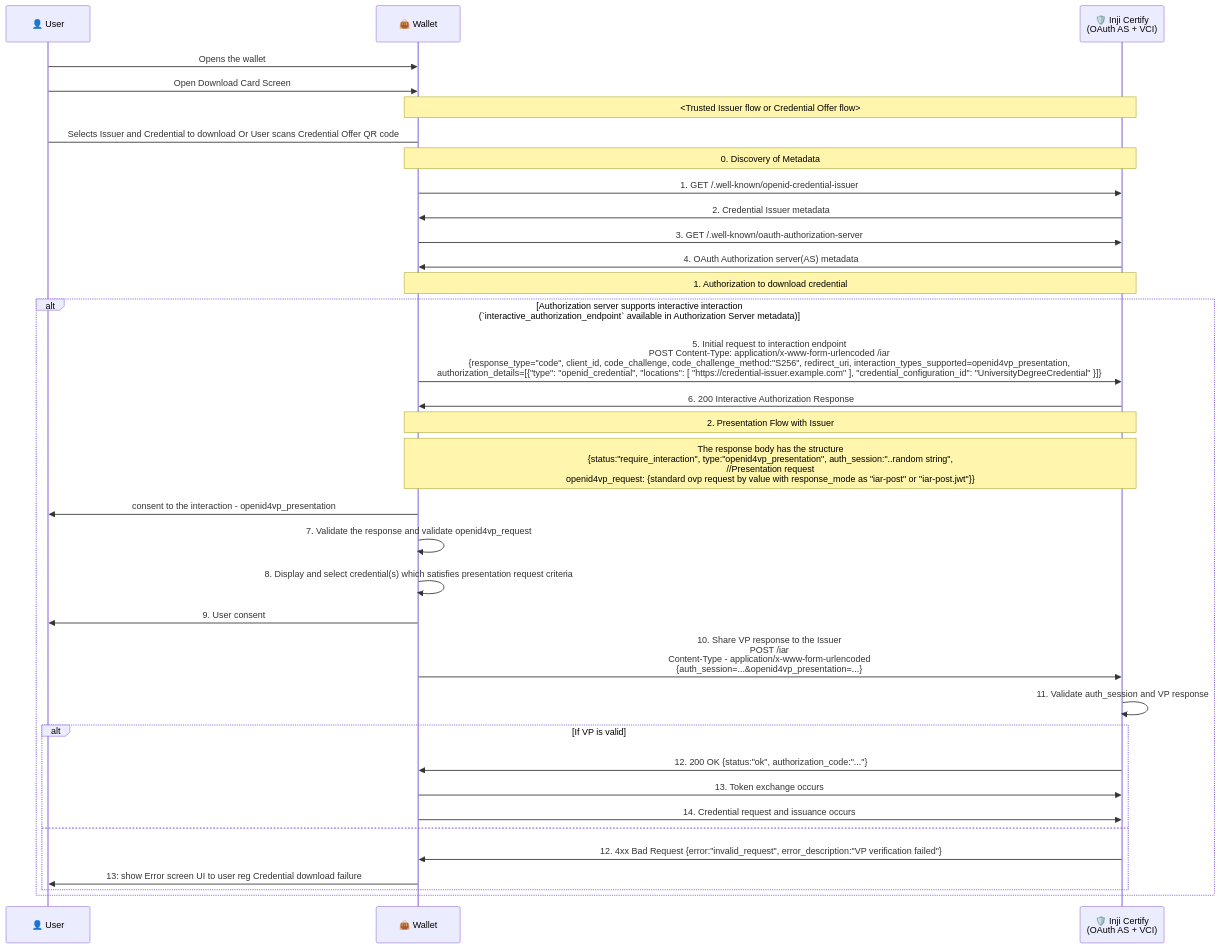
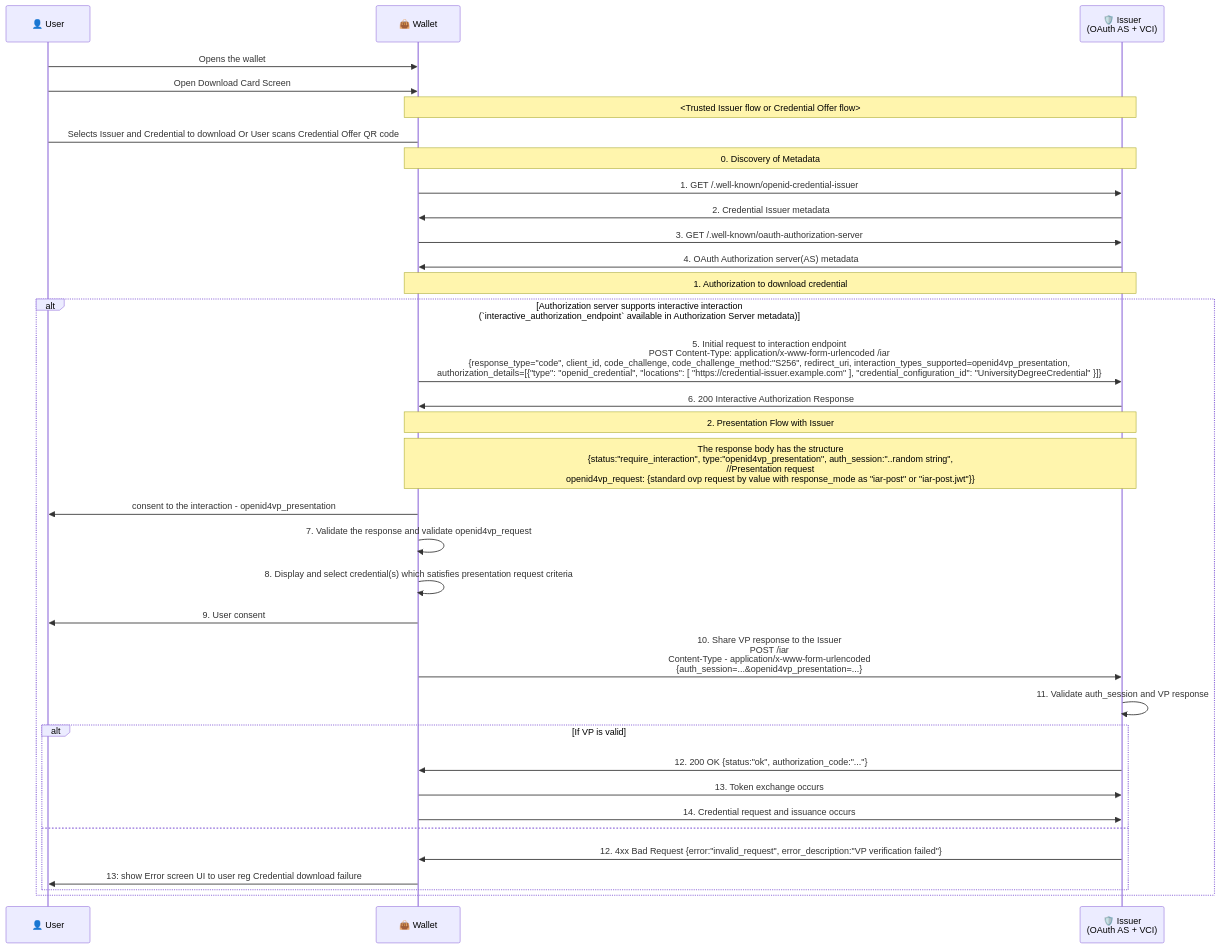
Before and after one commit to tw-mosip/inji-wallet: the first of 5 diagrams in docs/presentation-during-issuance.md, drawn with Mermaid. The commit also changed other lines of this file, not shown here.

````diff
--- a/docs/presentation-during-issuance.md
+++ b/docs/presentation-during-issuance.md
@@ -37,37 +37,37 @@
 ```mermaid
 sequenceDiagram
     participant user as 👤 User
     participant wallet as 👜 Wallet
-    participant issuer as 🛡️ Inji Certify<br/>(OAuth AS + VCI)
+    participant issuer as 🛡️ Issuer<br/>(OAuth AS + VCI)
 
     user->>wallet: Opens the wallet
     user->>wallet: Open Download Card Screen
     Note over wallet,issuer: <Trusted Issuer flow or Credential Offer flow>
     user->wallet: Selects Issuer and Credential to download Or User scans Credential Offer QR code
     Note over wallet,issuer: 0. Discovery of Metadata
     wallet->>issuer: 1. GET /.well-known/openid-credential-issuer
     issuer->>wallet: 2. Credential Issuer metadata
     wallet->>issuer: 3. GET /.well-known/oauth-authorization-server
     issuer->>wallet: 4. OAuth Authorization server(AS) metadata
     Note over wallet,issuer: 1. Authorization to download credential
     alt Authorization server supports interactive interaction <br/>(`interactive_authorization_endpoint` available in Authorization Server metadata)
         wallet->>issuer: 5. Initial request to interaction endpoint <br/>POST Content-Type: application/x-www-form-urlencoded /iar<br/>{response_type="code", client_id, code_challenge, code_challenge_method:"S256", redirect_uri, interaction_types_supported=openid4vp_presentation, <br/>authorization_details=[{"type": "openid_credential", "locations": [ "https://credential-issuer.example.com" ], "credential_configuration_id": "UniversityDegreeCredential" }]}
         issuer->>wallet: 6. 200 Interactive Authorization Response
         Note over wallet,issuer: 2. Presentation Flow with Issuer
         Note over wallet, issuer: The response body has the structure<br/>{status:"require_interaction", type:"openid4vp_presentation", auth_session:"..random string",<br/>//Presentation request<br/>openid4vp_request: {standard ovp request by value with response_mode as "iar-post" or "iar-post.jwt"}}
         wallet ->> user : consent to the interaction - openid4vp_presentation
         wallet->>wallet: 7. Validate the response and validate openid4vp_request
         wallet->>wallet: 8. Display and select credential(s) which satisfies presentation request criteria
         wallet->>user: 9. User consent
         wallet->>issuer: 10. Share VP response to the Issuer <br/>POST /iar<br/>Content-Type - application/x-www-form-urlencoded<br/>{auth_session=...&openid4vp_presentation=...}
         issuer->>issuer: 11. Validate auth_session and VP response
         alt If VP is valid
             issuer->>wallet: 12. 200 OK {status:"ok", authorization_code:"..."}
             wallet->>issuer: 13. Token exchange occurs
             wallet->>issuer: 14. Credential request and issuance occurs
         else
             issuer->>wallet: 12. 4xx Bad Request {error:"invalid_request", error_description:"VP verification failed"}
             wallet ->> user: 13: show Error screen UI to user reg Credential download failure
         end
     end
 ```
````
